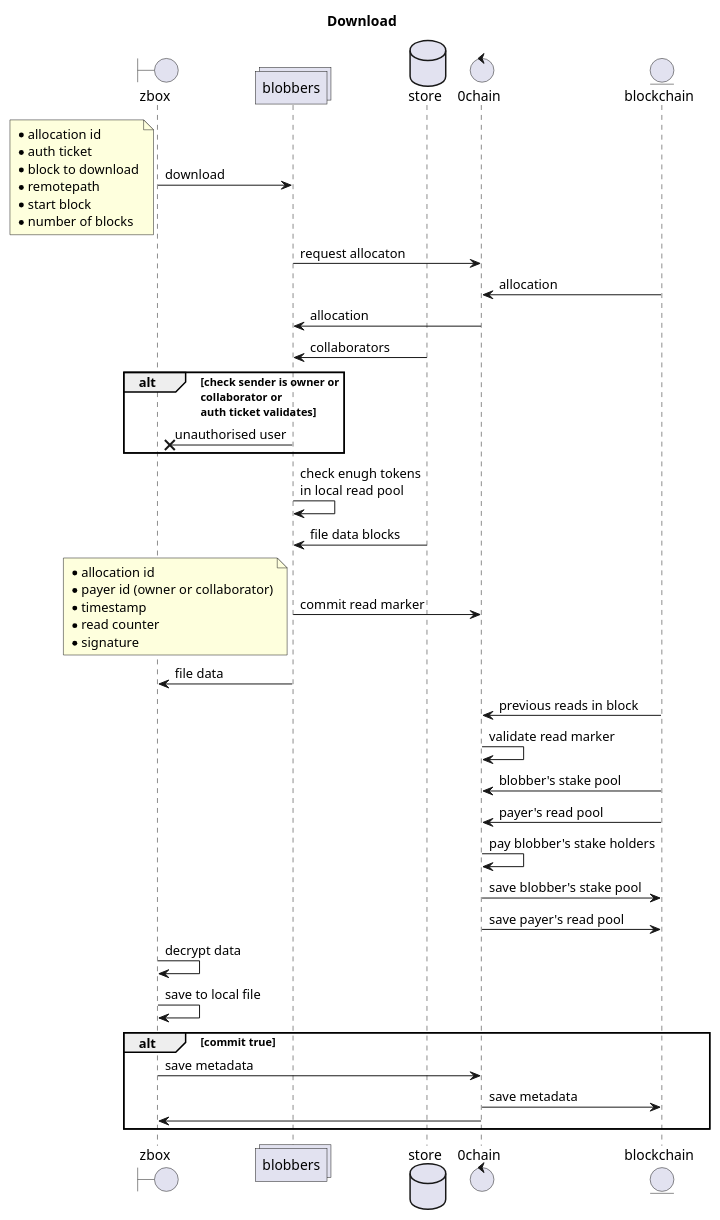
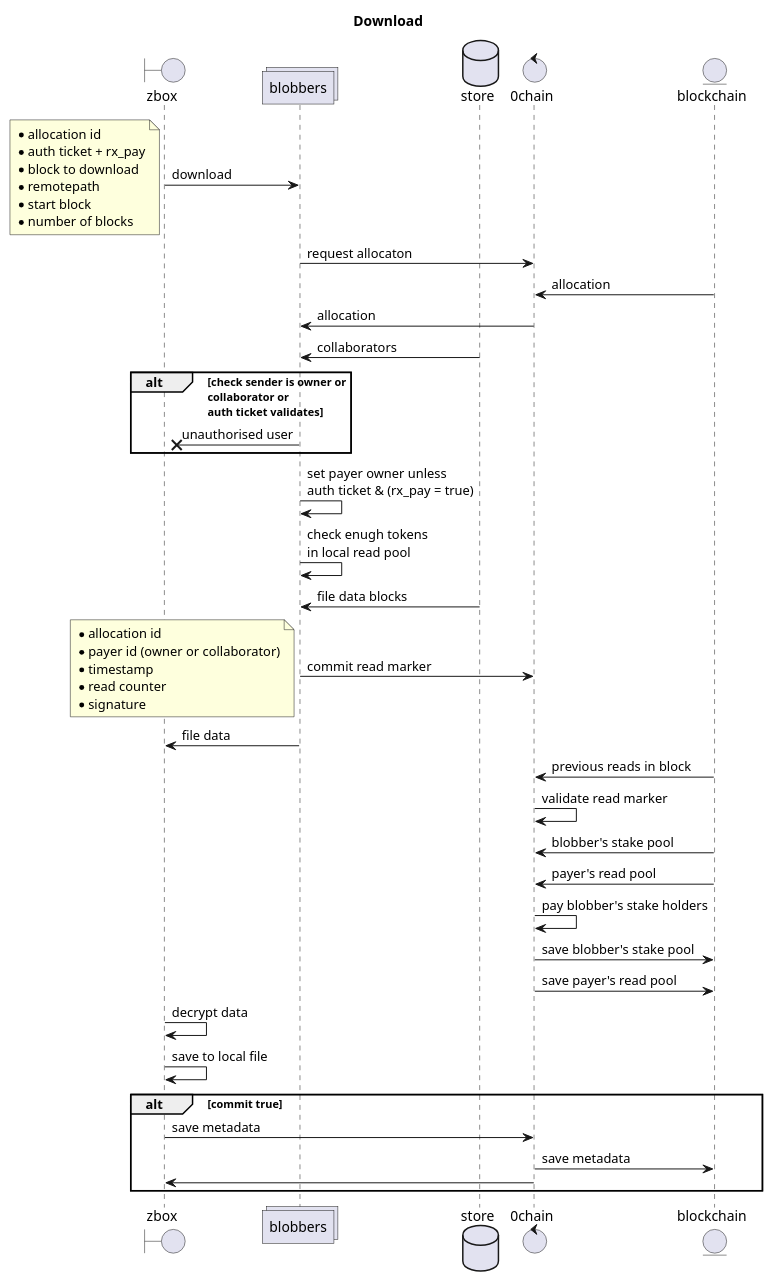
One commit to 0chain/zboxcli changed the third of 19 diagrams in documents/uml.md. Above: the diagram before and after it, drawn with PlantUML. The commit also changed other lines of this file and 1 other file, not shown here.

````diff
--- a/documents/uml.md
+++ b/documents/uml.md
@@ -1,49 +61,50 @@
 ```puml
 title Download
 boundary zbox 
 collections blobbers
 database store
 control 0chain
 entity blockchain
 zbox -> blobbers : download
 note left
     * allocation id
-    * auth ticket
+    * auth ticket + rx_pay
     * block to download
     * remotepath    
     * start block
     * number of blocks
 end note
     blobbers -> 0chain : request allocaton
         blockchain -> 0chain : allocation
     0chain -> blobbers : allocation
     store -> blobbers : collaborators
     alt check sender is owner or\ncollaborator or\nauth ticket validates
         blobbers ->x zbox : unauthorised user
     end
+    blobbers -> blobbers : set payer owner unless\nauth ticket & (rx_pay = true)
     blobbers -> blobbers : check enugh tokens\nin local read pool
     store -> blobbers : file data blocks    
     blobbers -> 0chain : commit read marker
     note left
         * allocation id
         * payer id (owner or collaborator)
         * timestamp
         * read counter
         * signature
     end note          
     blobbers -> zbox : file data
         blockchain -> 0chain : previous reads in block 
         0chain -> 0chain : validate read marker
         blockchain -> 0chain : blobber's stake pool
         blockchain -> 0chain : payer's read pool
         0chain -> 0chain : pay blobber's stake holders
         0chain -> blockchain : save blobber's stake pool
         0chain -> blockchain : save payer's read pool       
 zbox -> zbox : decrypt data
 zbox -> zbox : save to local file 
 alt commit true
 zbox -> 0chain : save metadata
         0chain -> blockchain :  save metadata
         0chain -> zbox
 end    
 ```
````
